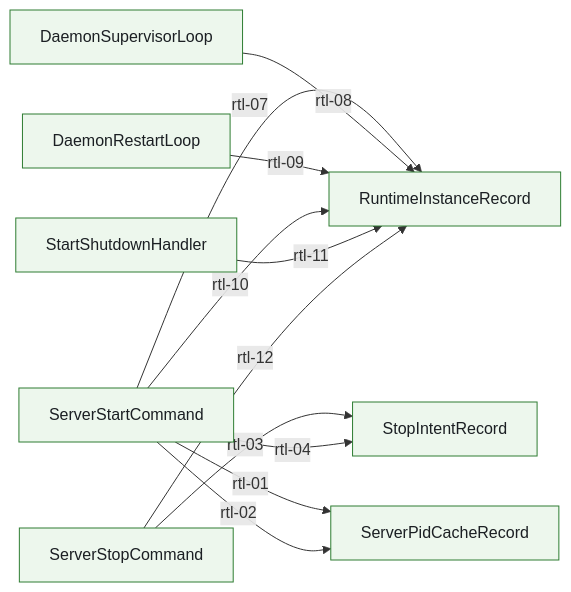
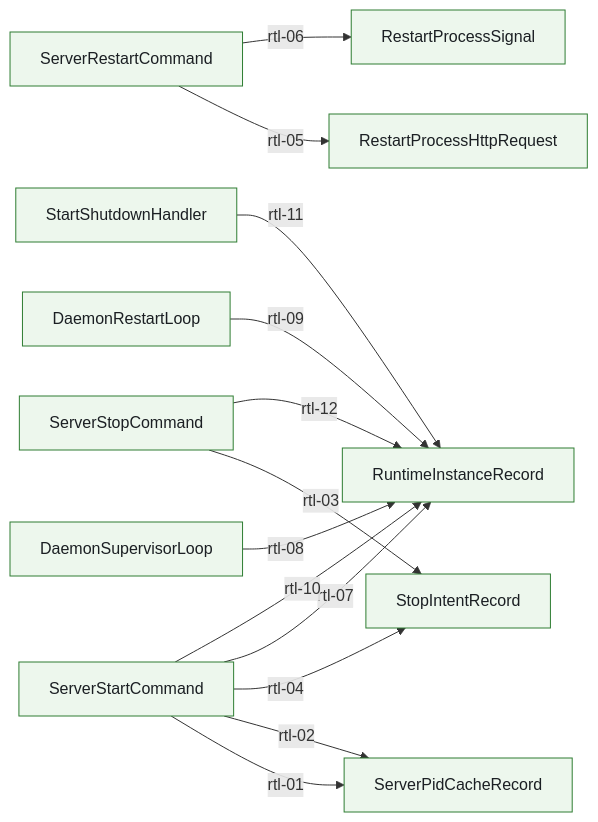
One commit to Jasonzhangf/routecodex changed the diagram in docs/architecture/wiki/runtime-lifecycle-call-graph.md. Above: the diagram before and after it, drawn with Mermaid. The commit also changed other lines of this file and 29 other files, not shown here.

````diff
--- a/docs/architecture/wiki/runtime-lifecycle-call-graph.md
+++ b/docs/architecture/wiki/runtime-lifecycle-call-graph.md
@@ -20,32 +20,40 @@
 ```mermaid
 flowchart LR
   StartShutdownHandler["StartShutdownHandler"]
   DaemonRestartLoop["DaemonRestartLoop"]
   DaemonSupervisorLoop["DaemonSupervisorLoop"]
   RuntimeInstanceRecord["RuntimeInstanceRecord"]
+  RestartProcessSignal["RestartProcessSignal"]
+  RestartProcessHttpRequest["RestartProcessHttpRequest"]
+  ServerRestartCommand["ServerRestartCommand"]
   StopIntentRecord["StopIntentRecord"]
   ServerStopCommand["ServerStopCommand"]
   ServerPidCacheRecord["ServerPidCacheRecord"]
   ServerStartCommand["ServerStartCommand"]
   ServerStartCommand -->|rtl-01| ServerPidCacheRecord
   ServerStartCommand -->|rtl-02| ServerPidCacheRecord
   ServerStopCommand -->|rtl-03| StopIntentRecord
   ServerStartCommand -->|rtl-04| StopIntentRecord
+  ServerRestartCommand -->|rtl-05| RestartProcessHttpRequest
+  ServerRestartCommand -->|rtl-06| RestartProcessSignal
   ServerStartCommand -->|rtl-07| RuntimeInstanceRecord
   DaemonSupervisorLoop -->|rtl-08| RuntimeInstanceRecord
   DaemonRestartLoop -->|rtl-09| RuntimeInstanceRecord
   ServerStartCommand -->|rtl-10| RuntimeInstanceRecord
   StartShutdownHandler -->|rtl-11| RuntimeInstanceRecord
   ServerStopCommand -->|rtl-12| RuntimeInstanceRecord
   classDef anchored fill:#edf7ed,stroke:#2e7d32,stroke-width:1px,color:#1b1f23;
   classDef partial fill:#fff7e6,stroke:#b26a00,stroke-width:1px,color:#1b1f23;
   classDef pending fill:#f4f4f5,stroke:#6b7280,stroke-width:1px,stroke-dasharray: 5 5,color:#1b1f23;
   class ServerStartCommand anchored;
   class ServerPidCacheRecord anchored;
   class ServerStopCommand anchored;
   class StopIntentRecord anchored;
+  class ServerRestartCommand anchored;
+  class RestartProcessHttpRequest anchored;
+  class RestartProcessSignal anchored;
   class RuntimeInstanceRecord anchored;
   class DaemonSupervisorLoop anchored;
   class DaemonRestartLoop anchored;
   class StartShutdownHandler anchored;
 ```
````
